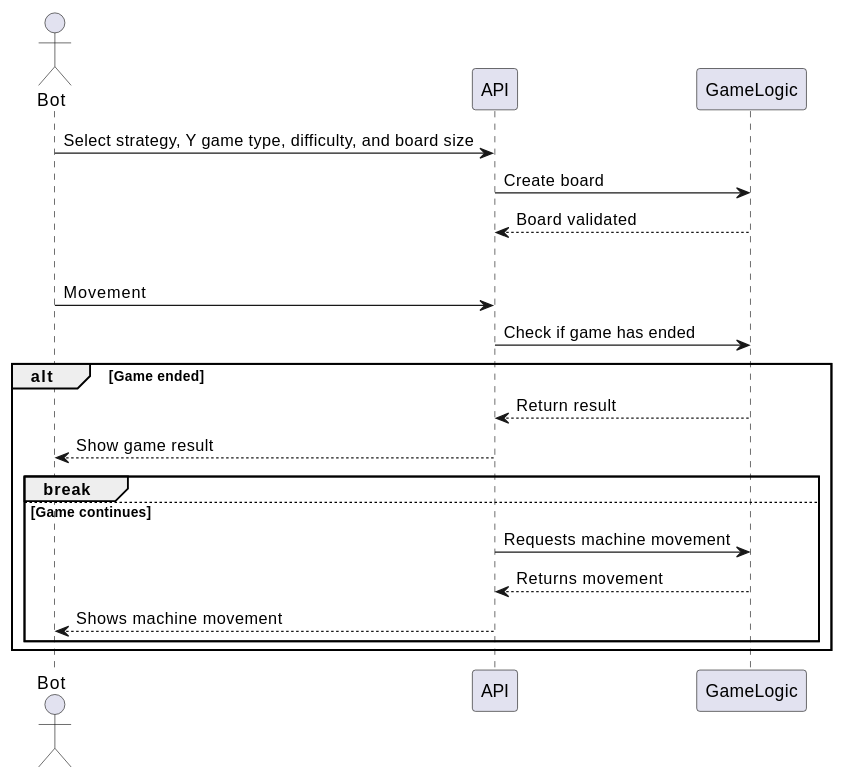
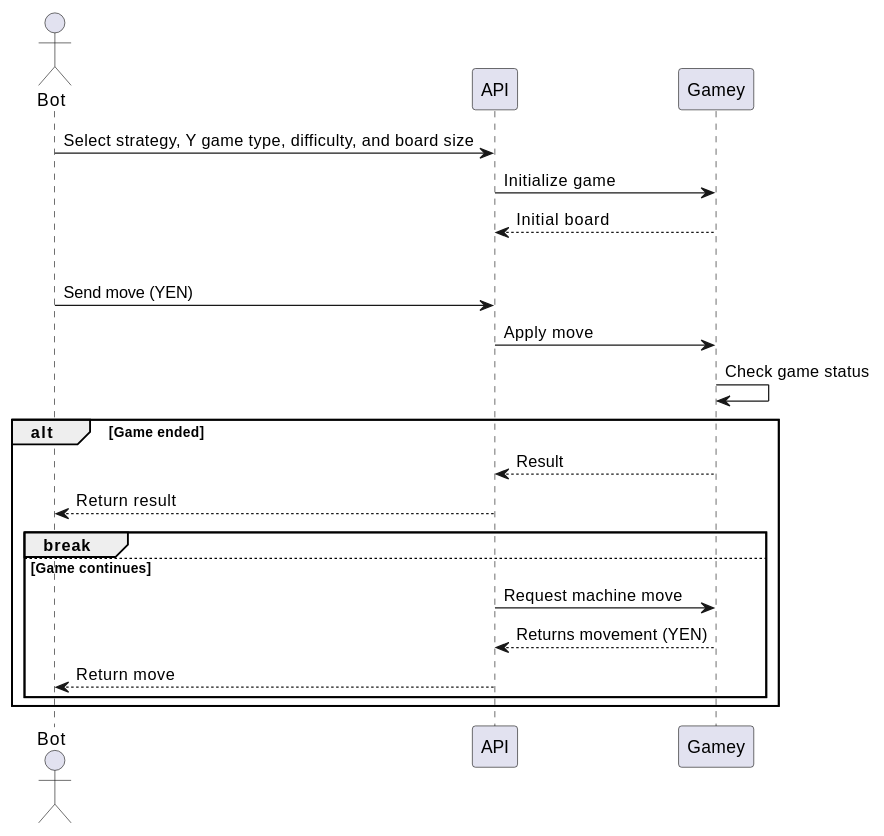
The second of 3 diagrams in docs/src/06_runtime_view.adoc (Arquisoft/yovi_es1a), drawn with PlantUML before and after one commit. The commit also changed other lines of this file, not shown here.

```diff
--- a/docs/src/06_runtime_view.adoc
+++ b/docs/src/06_runtime_view.adoc
@@ -83,26 +94,29 @@
 [plantuml]
 ----
 @startuml
 actor Bot
 participant API
-participant GameLogic
+participant Gamey
 
 Bot -> API: Select strategy, Y game type, difficulty, and board size
-API -> GameLogic: Create board
-GameLogic --> API: Board validated
+API -> Gamey: Initialize game
+Gamey --> API: Initial board
 
-loop
-    Bot -> API: Movement
-    API -> GameLogic: Check if game has ended
+
+loop Game loop
+    Bot -> API: Send move (YEN)
+    API -> Gamey: Apply move
+    Gamey -> Gamey: Check game status
+
     alt Game ended
-        GameLogic --> API: Return result
-        API --> Bot: Show game result
+        Gamey --> API: Result
+        API --> Bot: Return result
         break
     else Game continues
-        API -> GameLogic: Requests machine movement
-        GameLogic --> API: Returns movement
-        API --> Bot: Shows machine movement
+        API -> Gamey: Request machine move
+        Gamey --> API: Returns movement (YEN)
+        API --> Bot: Return move
     end
 end
 @enduml
 ----
```
